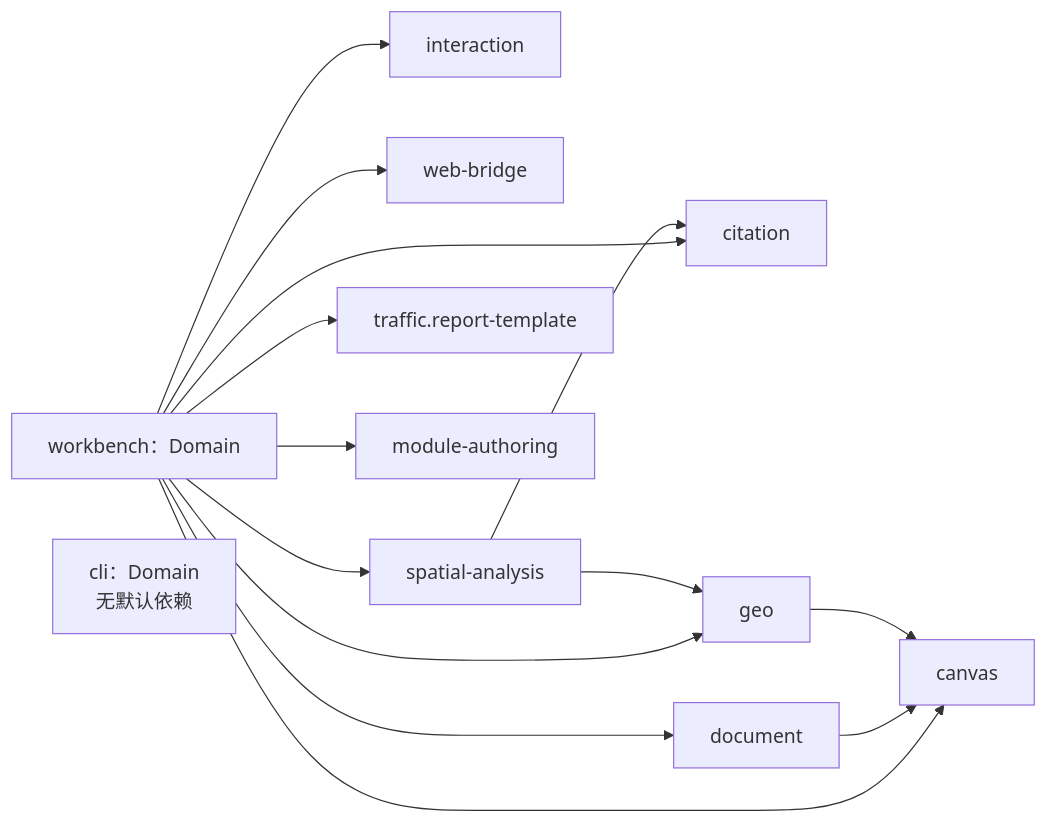
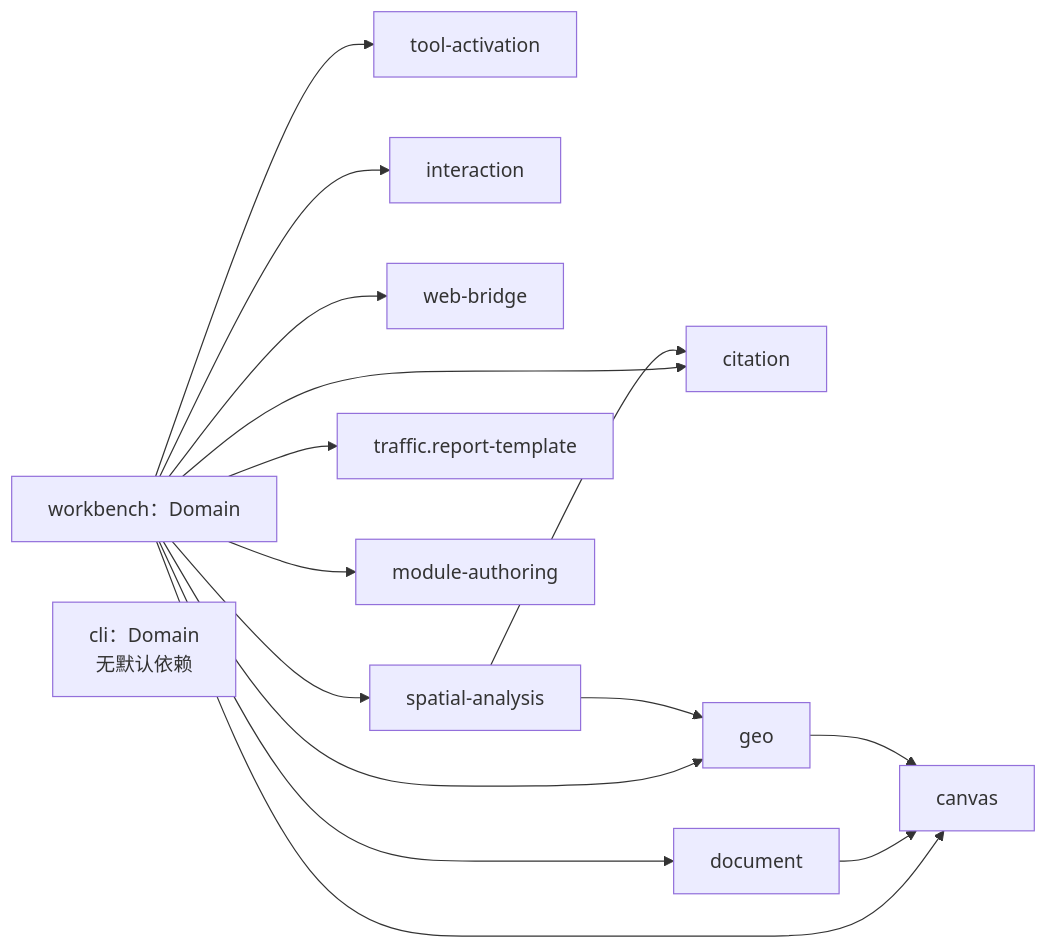
One commit to Ran2424/transportx-agent changed the third of 3 diagrams in docs/ARCHITECTURE.md. Above: the diagram before and after it, drawn with Mermaid. The commit also changed other lines of this file and 7 other files, not shown here.

Commit message:
perf(activation): record provider schemas and real model measurements

````diff
--- a/docs/ARCHITECTURE.md
+++ b/docs/ARCHITECTURE.md
@@ -323,18 +327,19 @@
 ```mermaid
 flowchart LR
   wb["workbench：Domain"]
+  wb --> activation["tool-activation"]
   cliDomain["cli：Domain<br/>无默认依赖"]
   wb --> interaction["interaction"]
   wb --> bridge["web-bridge"]
   wb --> citation["citation"]
   wb --> canvas["canvas"]
   wb --> document["document"]
   wb --> geo["geo"]
   wb --> spatial["spatial-analysis"]
   wb --> template["traffic.report-template"]
   wb --> author["module-authoring"]
   document --> canvas
   geo --> canvas
   spatial --> geo
   spatial --> citation
 ```
````
